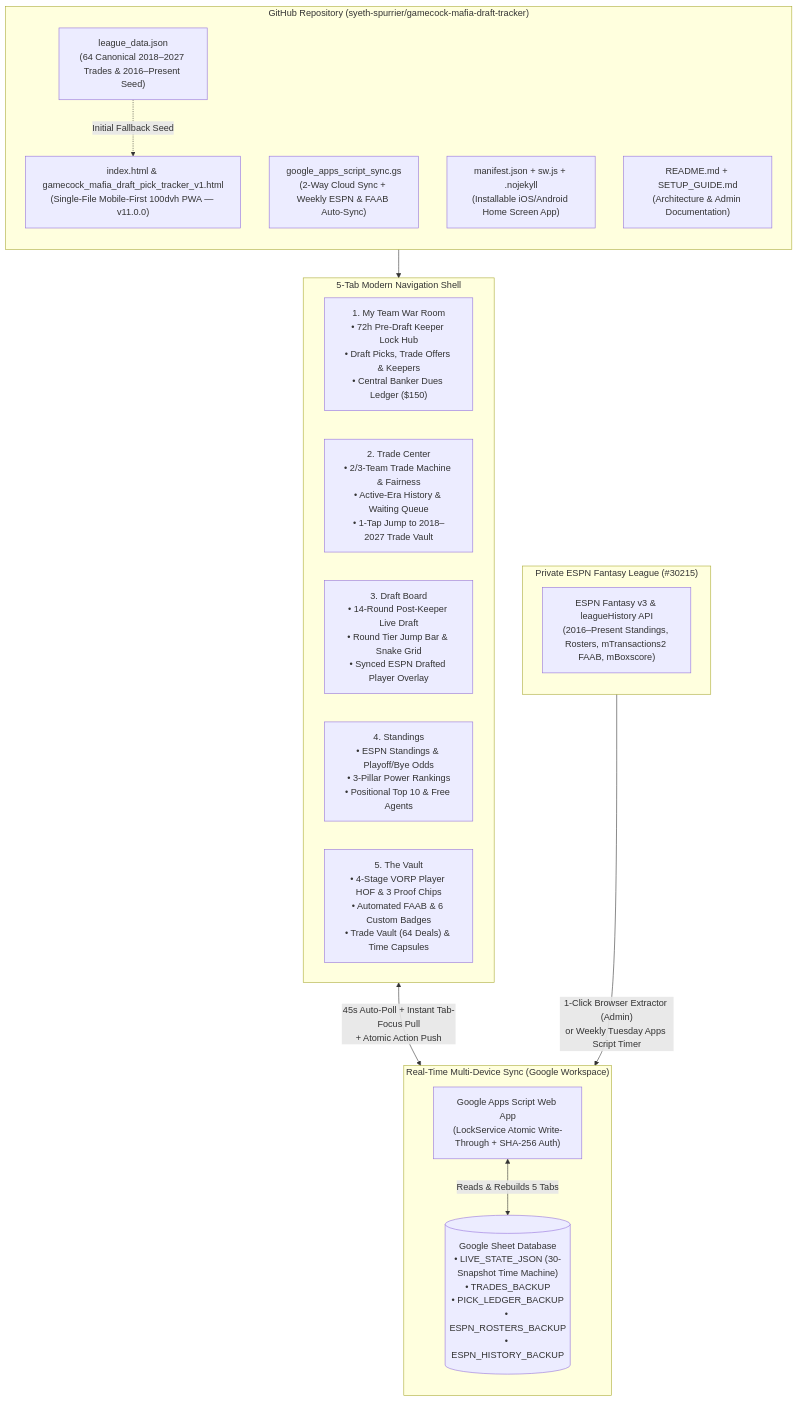
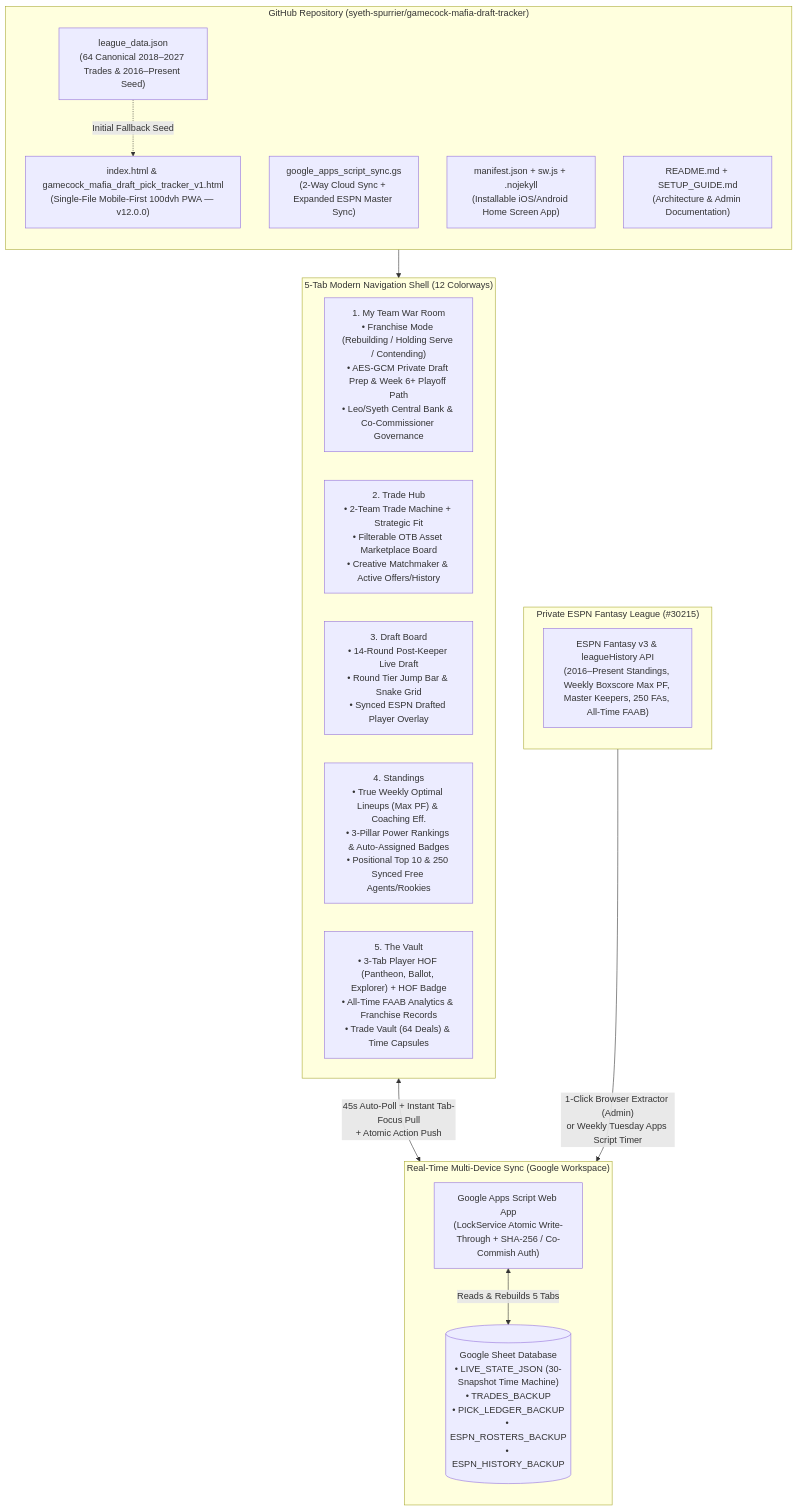
The first of 2 diagrams in README.md (syeth-spurrier/gamecock-mafia-draft-tracker), drawn with Mermaid before and after one commit. The commit also changed other lines of this file and 6 other files, not shown here.

````diff
--- a/README.md
+++ b/README.md
@@ -11,37 +11,37 @@
 ```mermaid
 flowchart TB
   subgraph GH["GitHub Repository (syeth-spurrier/gamecock-mafia-draft-tracker)"]
     direction TB
-    IDX["index.html & gamecock_mafia_draft_pick_tracker_v1.html<br/>(Single-File Mobile-First 100dvh PWA — v11.0.0)"]
+    IDX["index.html & gamecock_mafia_draft_pick_tracker_v1.html<br/>(Single-File Mobile-First 100dvh PWA — v12.0.0)"]
     SEED["league_data.json<br/>(64 Canonical 2018–2027 Trades & 2016–Present Seed)"]
-    GAS_FILE["google_apps_script_sync.gs<br/>(2-Way Cloud Sync + Weekly ESPN & FAAB Auto-Sync)"]
+    GAS_FILE["google_apps_script_sync.gs<br/>(2-Way Cloud Sync + Expanded ESPN Master Sync)"]
     PWA["manifest.json + sw.js + .nojekyll<br/>(Installable iOS/Android Home Screen App)"]
     DOCS["README.md + SETUP_GUIDE.md<br/>(Architecture & Admin Documentation)"]
   end
 
-  subgraph UI["5-Tab Modern Navigation Shell"]
+  subgraph UI["5-Tab Modern Navigation Shell (12 Colorways)"]
     direction LR
-    T1["1. My Team War Room<br/>• 72h Pre-Draft Keeper Lock Hub<br/>• Draft Picks, Trade Offers & Keepers<br/>• Central Banker Dues Ledger ($150)"]
-    T2["2. Trade Center<br/>• 2/3-Team Trade Machine & Fairness<br/>• Active-Era History & Waiting Queue<br/>• 1-Tap Jump to 2018–2027 Trade Vault"]
+    T1["1. My Team War Room<br/>• Franchise Mode (Rebuilding / Holding Serve / Contending)<br/>• AES-GCM Private Draft Prep & Week 6+ Playoff Path<br/>• Leo/Syeth Central Bank & Co-Commissioner Governance"]
+    T2["2. Trade Hub<br/>• 2-Team Trade Machine + Strategic Fit<br/>• Filterable OTB Asset Marketplace Board<br/>• Creative Matchmaker & Active Offers/History"]
     T3["3. Draft Board<br/>• 14-Round Post-Keeper Live Draft<br/>• Round Tier Jump Bar & Snake Grid<br/>• Synced ESPN Drafted Player Overlay"]
-    T4["4. Standings<br/>• ESPN Standings & Playoff/Bye Odds<br/>• 3-Pillar Power Rankings<br/>• Positional Top 10 & Free Agents"]
-    T5["5. The Vault<br/>• 4-Stage VORP Player HOF & 3 Proof Chips<br/>• Automated FAAB & 6 Custom Badges<br/>• Trade Vault (64 Deals) & Time Capsules"]
+    T4["4. Standings<br/>• True Weekly Optimal Lineups (Max PF) & Coaching Eff.<br/>• 3-Pillar Power Rankings & Auto-Assigned Badges<br/>• Positional Top 10 & 250 Synced Free Agents/Rookies"]
+    T5["5. The Vault<br/>• 3-Tab Player HOF (Pantheon, Ballot, Explorer) + HOF Badge<br/>• All-Time FAAB Analytics & Franchise Records<br/>• Trade Vault (64 Deals) & Time Capsules"]
   end
 
   subgraph CLOUD["Real-Time Multi-Device Sync (Google Workspace)"]
     direction TB
-    WEBAPP["Google Apps Script Web App<br/>(LockService Atomic Write-Through + SHA-256 Auth)"]
+    WEBAPP["Google Apps Script Web App<br/>(LockService Atomic Write-Through + SHA-256 / Co-Commish Auth)"]
     SHEET[("Google Sheet Database<br/>• LIVE_STATE_JSON (30-Snapshot Time Machine)<br/>• TRADES_BACKUP<br/>• PICK_LEDGER_BACKUP<br/>• ESPN_ROSTERS_BACKUP<br/>• ESPN_HISTORY_BACKUP")]
   end
 
   subgraph ESPN["Private ESPN Fantasy League (#30215)"]
     direction TB
-    API["ESPN Fantasy v3 & leagueHistory API<br/>(2016–Present Standings, Rosters, mTransactions2 FAAB, mBoxscore)"]
+    API["ESPN Fantasy v3 & leagueHistory API<br/>(2016–Present Standings, Weekly Boxscore Max PF, Master Keepers, 250 FAs, All-Time FAAB)"]
   end
 
   IDX --> UI
   SEED -.->|"Initial Fallback Seed"| IDX
   UI <-->|"45s Auto-Poll + Instant Tab-Focus Pull<br/>+ Atomic Action Push"| WEBAPP
   WEBAPP <-->|"Reads & Rebuilds 5 Tabs"| SHEET
   ESPN -->|"1-Click Browser Extractor (Admin)<br/>or Weekly Tuesday Apps Script Timer"| WEBAPP
 ```
````
